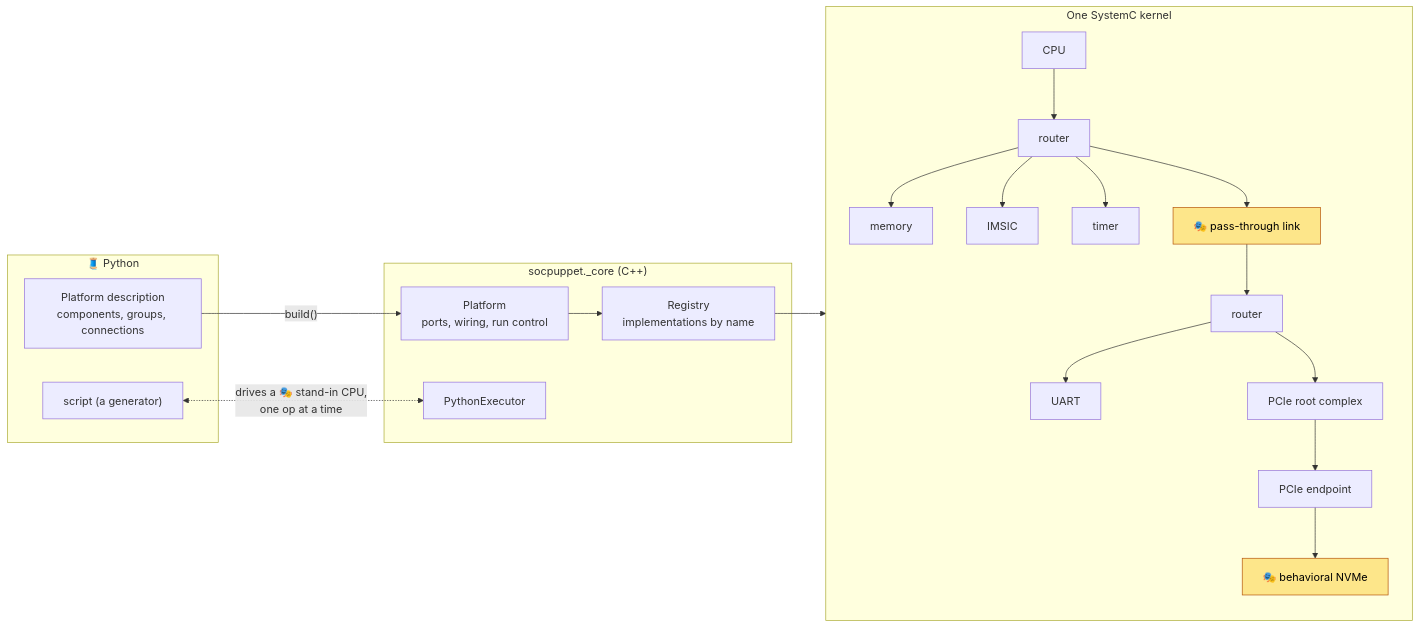
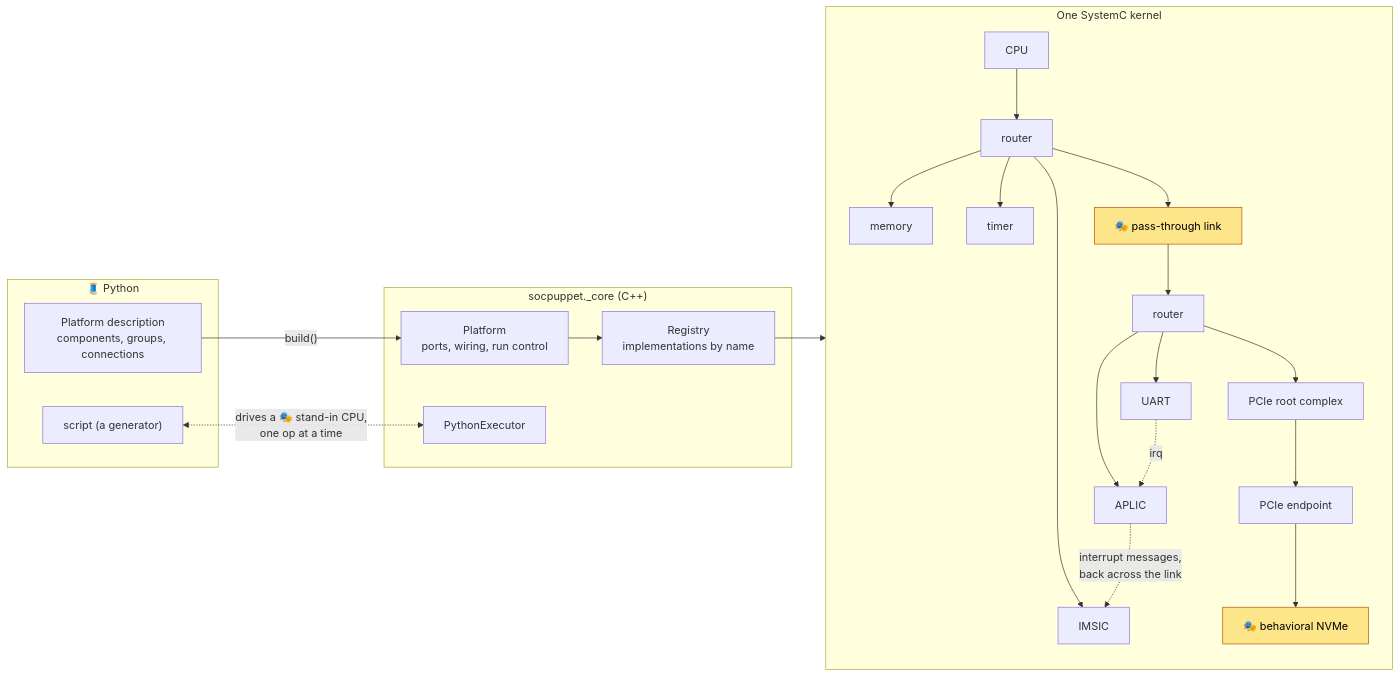
Before and after one commit to cphurley82/socpuppet: the first of 3 diagrams in docs/architecture.md, drawn with Mermaid. The commit also changed other lines of this file and 8 other files, not shown here.

````diff
--- a/docs/architecture.md
+++ b/docs/architecture.md
@@ -9,39 +9,43 @@
 ```mermaid
 flowchart LR
     subgraph py["🧵 Python"]
         desc["Platform description<br/>components, groups, connections"]
         script["script (a generator)"]
     end
     subgraph core["socpuppet._core (C++)"]
         reg["Registry<br/>implementations by name"]
         plat["Platform<br/>ports, wiring, run control"]
         exec["PythonExecutor"]
     end
     subgraph sim["One SystemC kernel"]
         cpu["CPU"]
         bus["router"]
         ram["memory"]
         imsic["IMSIC"]
         link["🎭 pass-through link"]
         iobus["router"]
         uart["UART"]
+        aplic["APLIC"]
         timer["timer"]
         rc["PCIe root complex"]
         ep["PCIe endpoint"]
         nvme["🎭 behavioral NVMe"]
         cpu --> bus
         bus --> ram
         bus --> imsic
         bus --> timer
         bus --> link --> iobus
         iobus --> uart
+        iobus --> aplic
+        uart -. "irq" .-> aplic
+        aplic -. "interrupt messages,<br/>back across the link" .-> imsic
         iobus --> rc --> ep --> nvme
     end
     desc -- "build()" --> plat
     plat --> reg
     reg --> sim
     script <-. "drives a 🎭 stand-in CPU,<br/>one op at a time" .-> exec
 
     classDef standin fill:#fde68a,stroke:#b45309,color:#000
     class link,nvme standin
 ```
````
